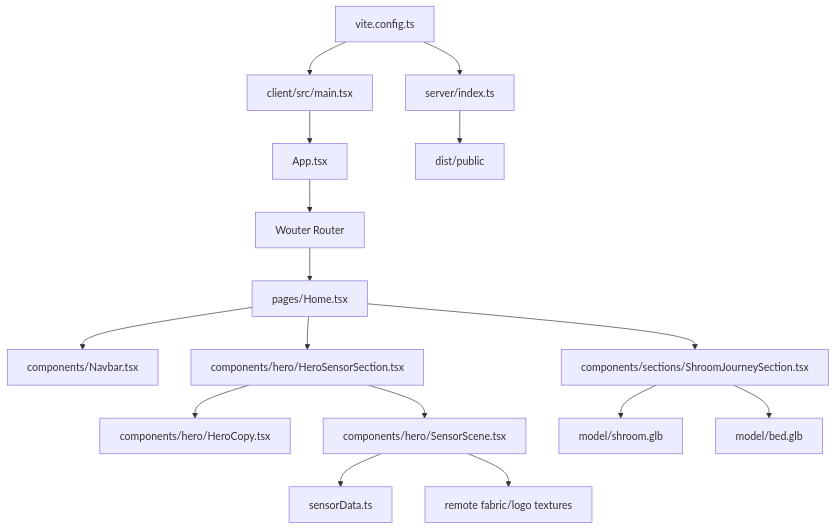
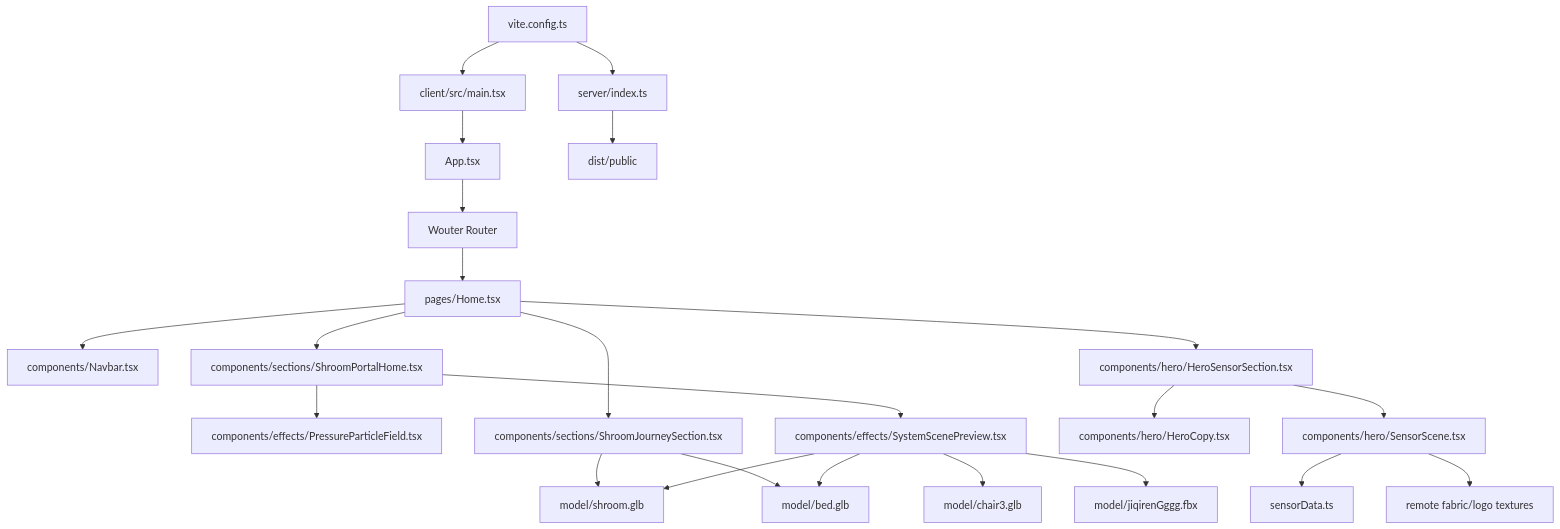
The diagram in ARCHITECTURE.md (liudada118/shroomweb), drawn with Mermaid before and after one commit. The commit also changed other lines of this file and 9 other files, not shown here.

````diff
--- a/ARCHITECTURE.md
+++ b/ARCHITECTURE.md
@@ -65,18 +70,25 @@
 ```mermaid
 graph TD
   A[client/src/main.tsx] --> B[App.tsx]
   B --> C[Wouter Router]
   C --> D[pages/Home.tsx]
   D --> E[components/Navbar.tsx]
+  D --> R[components/sections/ShroomPortalHome.tsx]
+  R --> V[components/effects/PressureParticleField.tsx]
+  R --> W[components/effects/SystemScenePreview.tsx]
   D --> F[components/hero/HeroSensorSection.tsx]
   D --> M[components/sections/ShroomJourneySection.tsx]
   F --> X[components/hero/HeroCopy.tsx]
   F --> G[components/hero/SensorScene.tsx]
   G --> H[sensorData.ts]
   G --> I[remote fabric/logo textures]
   M --> N[model/shroom.glb]
   M --> O[model/bed.glb]
+  W --> N
+  W --> O
+  W --> P[model/chair3.glb]
+  W --> Q[model/jiqirenGggg.fbx]
   J[server/index.ts] --> K[dist/public]
   L[vite.config.ts] --> A
   L --> J
 ```
````
